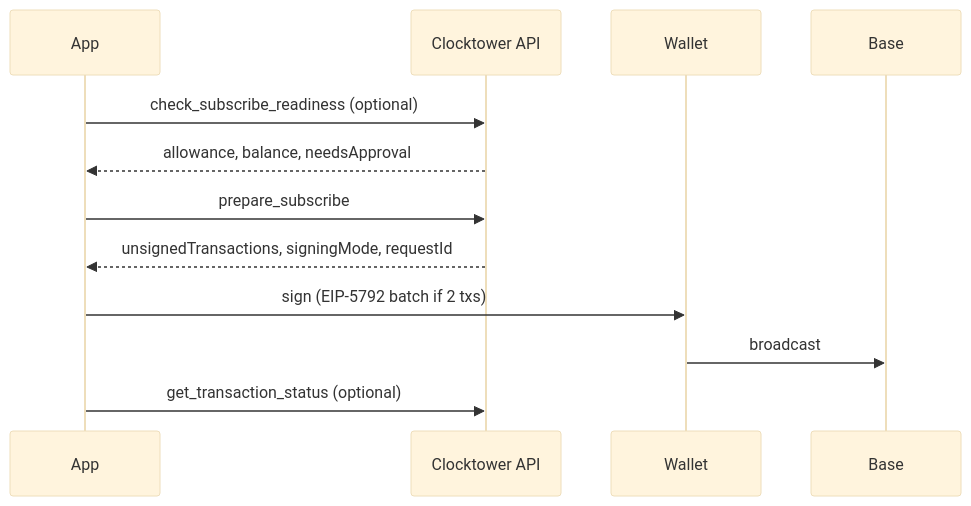
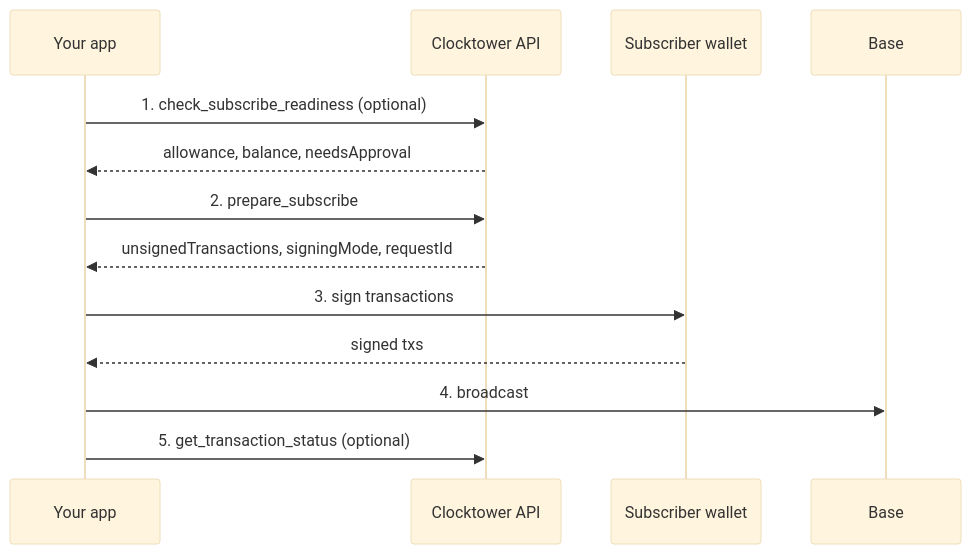
The diagram in docs/developers/05-Workflows/01-subscribe.mdx (clocktower-protocol/clocktower-docs), drawn with Mermaid (base theme) before and after one commit. The commit also changed other lines of this file and 6 other files, not shown here.

Commit message:
fix(docs): enable Mermaid diagrams and clarify workflow pages

````diff
--- a/docs/developers/05-Workflows/01-subscribe.mdx
+++ b/docs/developers/05-Workflows/01-subscribe.mdx
@@ -13,15 +38,16 @@
 ```mermaid
 sequenceDiagram
-  participant App
+  participant App as Your app
   participant API as Clocktower API
-  participant Wallet
+  participant Wallet as Subscriber wallet
   participant Chain as Base
 
-  App->>API: check_subscribe_readiness (optional)
+  App->>API: 1. check_subscribe_readiness (optional)
   API-->>App: allowance, balance, needsApproval
-  App->>API: prepare_subscribe
+  App->>API: 2. prepare_subscribe
   API-->>App: unsignedTransactions, signingMode, requestId
-  App->>Wallet: sign (EIP-5792 batch if 2 txs)
-  Wallet->>Chain: broadcast
-  App->>API: get_transaction_status (optional)
+  App->>Wallet: 3. sign transactions
+  Wallet-->>App: signed txs
+  App->>Chain: 4. broadcast
+  App->>API: 5. get_transaction_status (optional)
 ```
````
